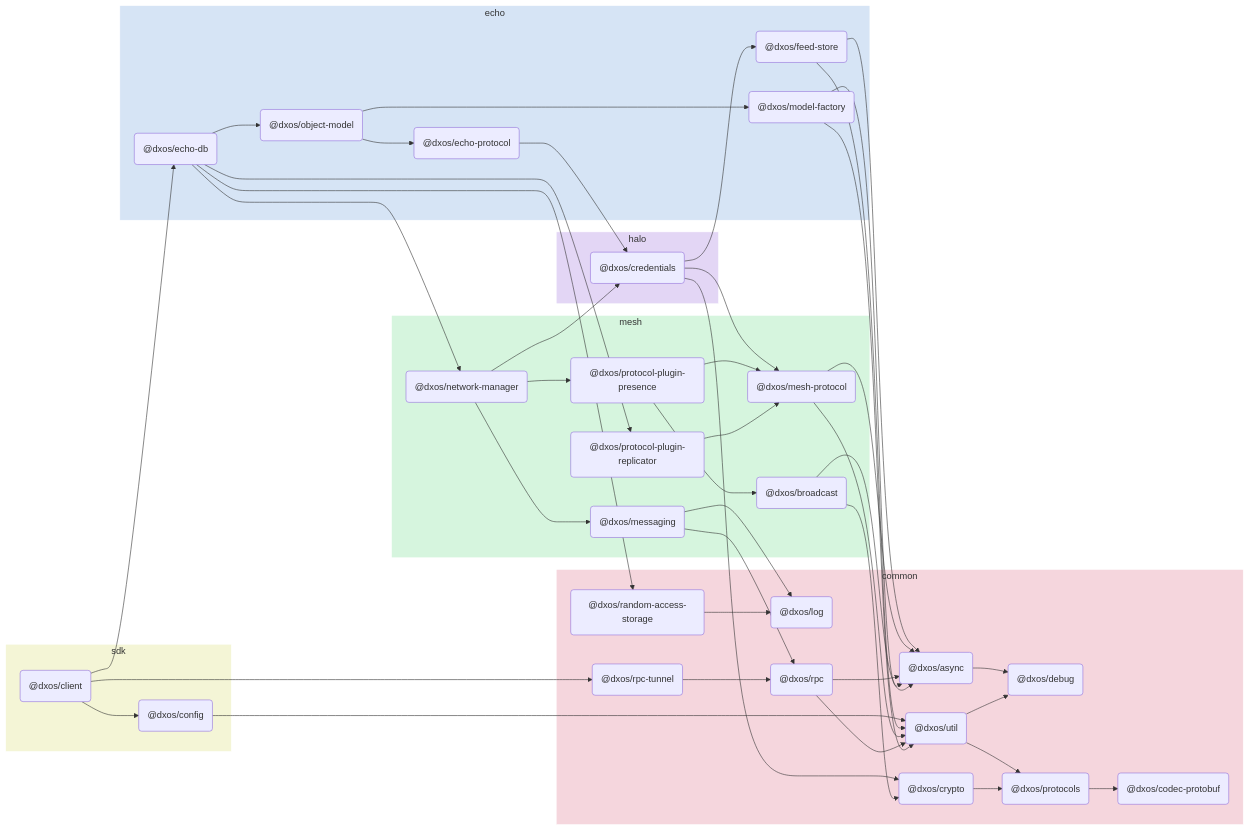
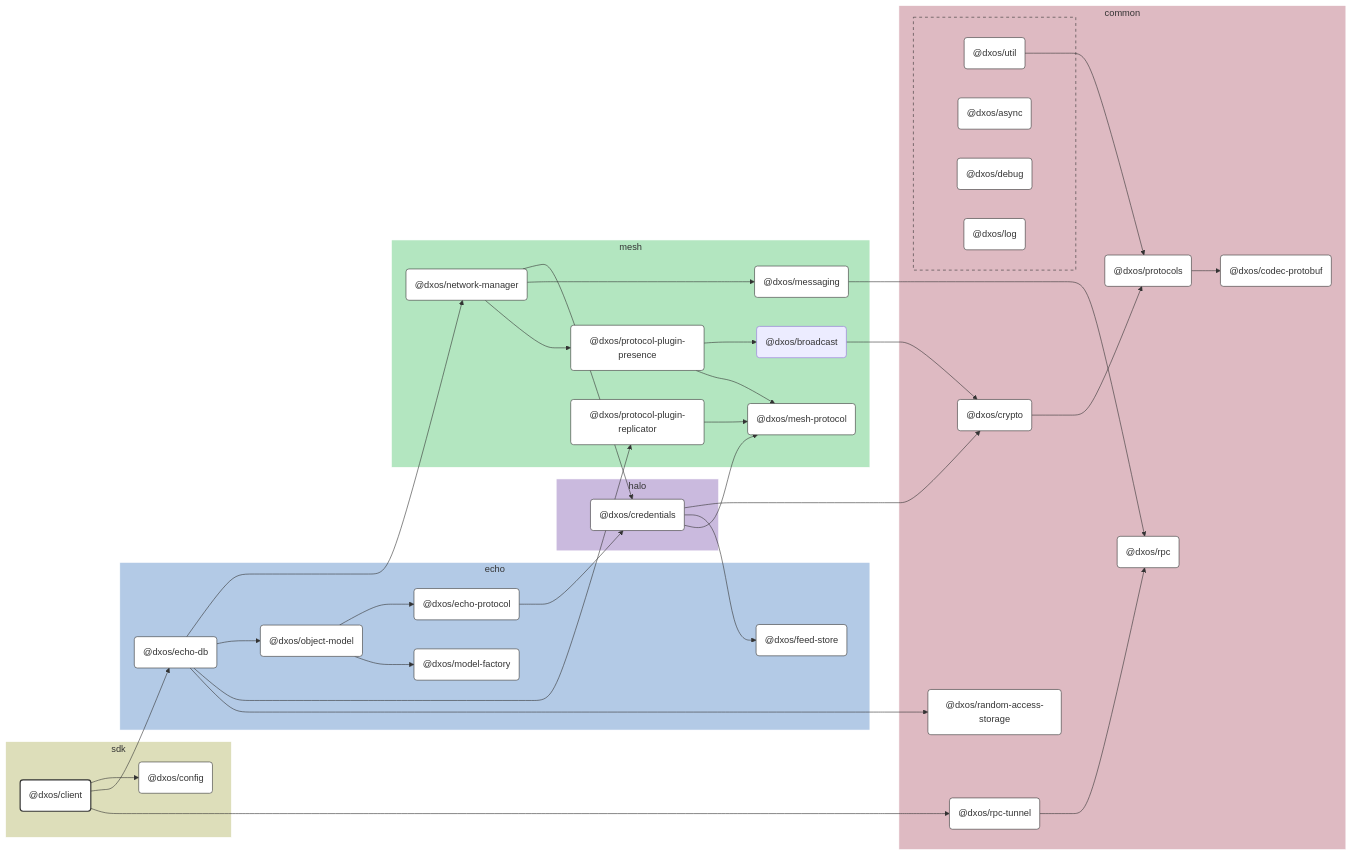
One commit to dxos/dxos changed the diagram in packages/sdk/client/docs/README.md. Above: the diagram before and after it, drawn with Mermaid. The commit also changed other lines of this file and 109 other files, not shown here.

````diff
--- a/packages/sdk/client/docs/README.md
+++ b/packages/sdk/client/docs/README.md
@@ -5,87 +7,142 @@
 ```mermaid
-flowchart LR;
+%%{ init: {'flowchart':{'curve':'basis'}} }%%
 
+flowchart LR
+
+%% Links
+dxos/broadcast --> dxos/crypto;
+dxos/client --> dxos/config;
+dxos/client --> dxos/echo-db;
+dxos/client --> dxos/rpc-tunnel;
+dxos/credentials --> dxos/crypto;
+dxos/credentials --> dxos/feed-store;
+dxos/credentials --> dxos/mesh-protocol;
+dxos/crypto --> dxos/protocols;
+dxos/echo-db --> dxos/network-manager;
+dxos/echo-db --> dxos/object-model;
+dxos/echo-db --> dxos/protocol-plugin-replicator;
+dxos/echo-db --> dxos/random-access-storage;
+dxos/echo-protocol --> dxos/credentials;
+dxos/messaging --> dxos/rpc;
+dxos/network-manager --> dxos/credentials;
+dxos/network-manager --> dxos/messaging;
+dxos/network-manager --> dxos/protocol-plugin-presence;
+dxos/object-model --> dxos/echo-protocol;
+dxos/object-model --> dxos/model-factory;
+dxos/protocol-plugin-presence --> dxos/broadcast;
+dxos/protocol-plugin-presence --> dxos/mesh-protocol;
+dxos/protocol-plugin-replicator --> dxos/mesh-protocol;
+dxos/protocols --> dxos/codec-protobuf;
+dxos/rpc-tunnel --> dxos/rpc;
+dxos/util --> dxos/protocols;
+
+%% Sections
 subgraph sdk
-  style sdk fill:#f4f5d6,stroke:#fff;
-  dxos/client("@dxos/client");
-  dxos/config("@dxos/config");
+  style sdk fill:#dddeba,stroke:#fff;
+
+  dxos/client("@dxos/client")
+  dxos/config("@dxos/config")
 end
 
 subgraph common
-  style common fill:#f5d6dd,stroke:#fff;
-  dxos/async("@dxos/async");
-  dxos/debug("@dxos/debug");
-  dxos/codec-protobuf("@dxos/codec-protobuf");
-  dxos/protocols("@dxos/protocols");
-  dxos/util("@dxos/util");
-  dxos/log("@dxos/log");
-  dxos/crypto("@dxos/crypto");
-  dxos/rpc("@dxos/rpc");
-  dxos/random-access-storage("@dxos/random-access-storage");
-  dxos/rpc-tunnel("@dxos/rpc-tunnel");
+  style common fill:#debac2,stroke:#fff;
+
+  dxos/codec-protobuf("@dxos/codec-protobuf")
+  dxos/crypto("@dxos/crypto")
+  dxos/protocols("@dxos/protocols")
+  dxos/random-access-storage("@dxos/random-access-storage")
+  dxos/rpc("@dxos/rpc")
+  dxos/rpc-tunnel("@dxos/rpc-tunnel")
+
+  subgraph common-excluded [ ]
+    style common-excluded fill:#debac2,stroke:#333,stroke-dasharray:5 5;
+
+    dxos/async("@dxos/async")
+    dxos/debug("@dxos/debug")
+    dxos/log("@dxos/log")
+    dxos/util("@dxos/util")
+  end
 end
 
 subgraph echo
-  style echo fill:#d6e4f5,stroke:#fff;
-  dxos/echo-db("@dxos/echo-db");
-  dxos/feed-store("@dxos/feed-store");
-  dxos/echo-protocol("@dxos/echo-protocol");
-  dxos/model-factory("@dxos/model-factory");
-  dxos/object-model("@dxos/object-model");
+  style echo fill:#b3cae6,stroke:#fff;
+
+  dxos/echo-db("@dxos/echo-db")
+  dxos/echo-protocol("@dxos/echo-protocol")
+  dxos/feed-store("@dxos/feed-store")
+  dxos/model-factory("@dxos/model-factory")
+  dxos/object-model("@dxos/object-model")
 end
 
 subgraph halo
-  style halo fill:#e3d6f5,stroke:#fff;
-  dxos/credentials("@dxos/credentials");
+  style halo fill:#cabade,stroke:#fff;
+
+  dxos/credentials("@dxos/credentials")
 end
 
 subgraph mesh
-  style mesh fill:#d6f5de,stroke:#fff;
-  dxos/mesh-protocol("@dxos/mesh-protocol");
-  dxos/messaging("@dxos/messaging");
-  dxos/network-manager("@dxos/network-manager");
-  dxos/protocol-plugin-presence("@dxos/protocol-plugin-presence");
-  dxos/broadcast("@dxos/broadcast");
-  dxos/protocol-plugin-replicator("@dxos/protocol-plugin-replicator");
+  style mesh fill:#b3e6c0,stroke:#fff;
+
+  dxos/broadcast("@dxos/broadcast")
+  dxos/mesh-protocol("@dxos/mesh-protocol")
+  dxos/messaging("@dxos/messaging")
+  dxos/network-manager("@dxos/network-manager")
+  dxos/protocol-plugin-presence("@dxos/protocol-plugin-presence")
+  dxos/protocol-plugin-replicator("@dxos/protocol-plugin-replicator")
 end
 
-dxos/async --> dxos/debug;
-dxos/client --> dxos/config;
-dxos/protocols --> dxos/codec-protobuf;
-dxos/config --> dxos/util;
-dxos/util --> dxos/debug;
-dxos/util --> dxos/protocols;
-dxos/client --> dxos/echo-db;
-dxos/credentials --> dxos/crypto;
-dxos/crypto --> dxos/protocols;
-dxos/credentials --> dxos/feed-store;
-dxos/feed-store --> dxos/async;
-dxos/feed-store --> dxos/util;
-dxos/credentials --> dxos/mesh-protocol;
-dxos/mesh-protocol --> dxos/async;
-dxos/mesh-protocol --> dxos/util;
-dxos/echo-protocol --> dxos/credentials;
-dxos/messaging --> dxos/log;
-dxos/messaging --> dxos/rpc;
-dxos/rpc --> dxos/async;
-dxos/rpc --> dxos/util;
-dxos/model-factory --> dxos/async;
-dxos/model-factory --> dxos/util;
-dxos/echo-db --> dxos/network-manager;
-dxos/network-manager --> dxos/credentials;
-dxos/network-manager --> dxos/messaging;
-dxos/network-manager --> dxos/protocol-plugin-presence;
-dxos/protocol-plugin-presence --> dxos/broadcast;
-dxos/broadcast --> dxos/async;
-dxos/broadcast --> dxos/crypto;
-dxos/protocol-plugin-presence --> dxos/mesh-protocol;
-dxos/echo-db --> dxos/object-model;
-dxos/object-model --> dxos/echo-protocol;
-dxos/object-model --> dxos/model-factory;
-dxos/echo-db --> dxos/protocol-plugin-replicator;
-dxos/protocol-plugin-replicator --> dxos/mesh-protocol;
-dxos/echo-db --> dxos/random-access-storage;
-dxos/random-access-storage --> dxos/log;
-dxos/client --> dxos/rpc-tunnel;
-dxos/rpc-tunnel --> dxos/rpc;
+
+%% Hyperlinks
+click dxos/async href "https:/github.com/dxos/dxos/tree/main/packages/common/async/docs";
+click dxos/codec-protobuf href "https:/github.com/dxos/dxos/tree/main/packages/common/codec-protobuf/docs";
+click dxos/config href "https:/github.com/dxos/dxos/tree/main/packages/sdk/config/docs";
+click dxos/credentials href "https:/github.com/dxos/dxos/tree/main/packages/halo/credentials/docs";
+click dxos/crypto href "https:/github.com/dxos/dxos/tree/main/packages/common/crypto/docs";
+click dxos/debug href "https:/github.com/dxos/dxos/tree/main/packages/common/debug/docs";
+click dxos/echo-db href "https:/github.com/dxos/dxos/tree/main/packages/echo/echo-db/docs";
+click dxos/echo-protocol href "https:/github.com/dxos/dxos/tree/main/packages/echo/echo-protocol/docs";
+click dxos/feed-store href "https:/github.com/dxos/dxos/tree/main/packages/echo/feed-store/docs";
+click dxos/log href "https:/github.com/dxos/dxos/tree/main/packages/common/log/docs";
+click dxos/mesh-protocol href "https:/github.com/dxos/dxos/tree/main/packages/mesh/mesh-protocol/docs";
+click dxos/messaging href "https:/github.com/dxos/dxos/tree/main/packages/mesh/messaging/docs";
+click dxos/model-factory href "https:/github.com/dxos/dxos/tree/main/packages/echo/model-factory/docs";
+click dxos/network-manager href "https:/github.com/dxos/dxos/tree/main/packages/mesh/network-manager/docs";
+click dxos/object-model href "https:/github.com/dxos/dxos/tree/main/packages/echo/object-model/docs";
+click dxos/protocol-plugin-presence href "https:/github.com/dxos/dxos/tree/main/packages/mesh/protocol-plugin-presence/docs";
+click dxos/protocol-plugin-replicator href "https:/github.com/dxos/dxos/tree/main/packages/mesh/protocol-plugin-replicator/docs";
+click dxos/protocols href "https:/github.com/dxos/dxos/tree/main/packages/common/protocols/docs";
+click dxos/random-access-storage href "https:/github.com/dxos/dxos/tree/main/packages/common/random-access-storage/docs";
+click dxos/rpc href "https:/github.com/dxos/dxos/tree/main/packages/common/rpc/docs";
+click dxos/rpc-tunnel href "https:/github.com/dxos/dxos/tree/main/packages/common/rpc-tunnel/docs";
+click dxos/util href "https:/github.com/dxos/dxos/tree/main/packages/common/util/docs";
+
+%% Styles
+classDef rootNode fill:#fff,stroke:#333,stroke-width:2px
+classDef defaultNode fill:#fff,stroke:#333,stroke-width:1px
+linkStyle default stroke:#333,stroke-width:1px
+
+dxos/client:::rootNode
+
+dxos/async:::defaultNode
+dxos/codec-protobuf:::defaultNode
+dxos/config:::defaultNode
+dxos/credentials:::defaultNode
+dxos/crypto:::defaultNode
+dxos/debug:::defaultNode
+dxos/echo-db:::defaultNode
+dxos/echo-protocol:::defaultNode
+dxos/feed-store:::defaultNode
+dxos/log:::defaultNode
+dxos/mesh-protocol:::defaultNode
+dxos/messaging:::defaultNode
+dxos/model-factory:::defaultNode
+dxos/network-manager:::defaultNode
+dxos/object-model:::defaultNode
+dxos/protocol-plugin-presence:::defaultNode
+dxos/protocol-plugin-replicator:::defaultNode
+dxos/protocols:::defaultNode
+dxos/random-access-storage:::defaultNode
+dxos/rpc:::defaultNode
+dxos/rpc-tunnel:::defaultNode
+dxos/util:::defaultNode
 ```
````
